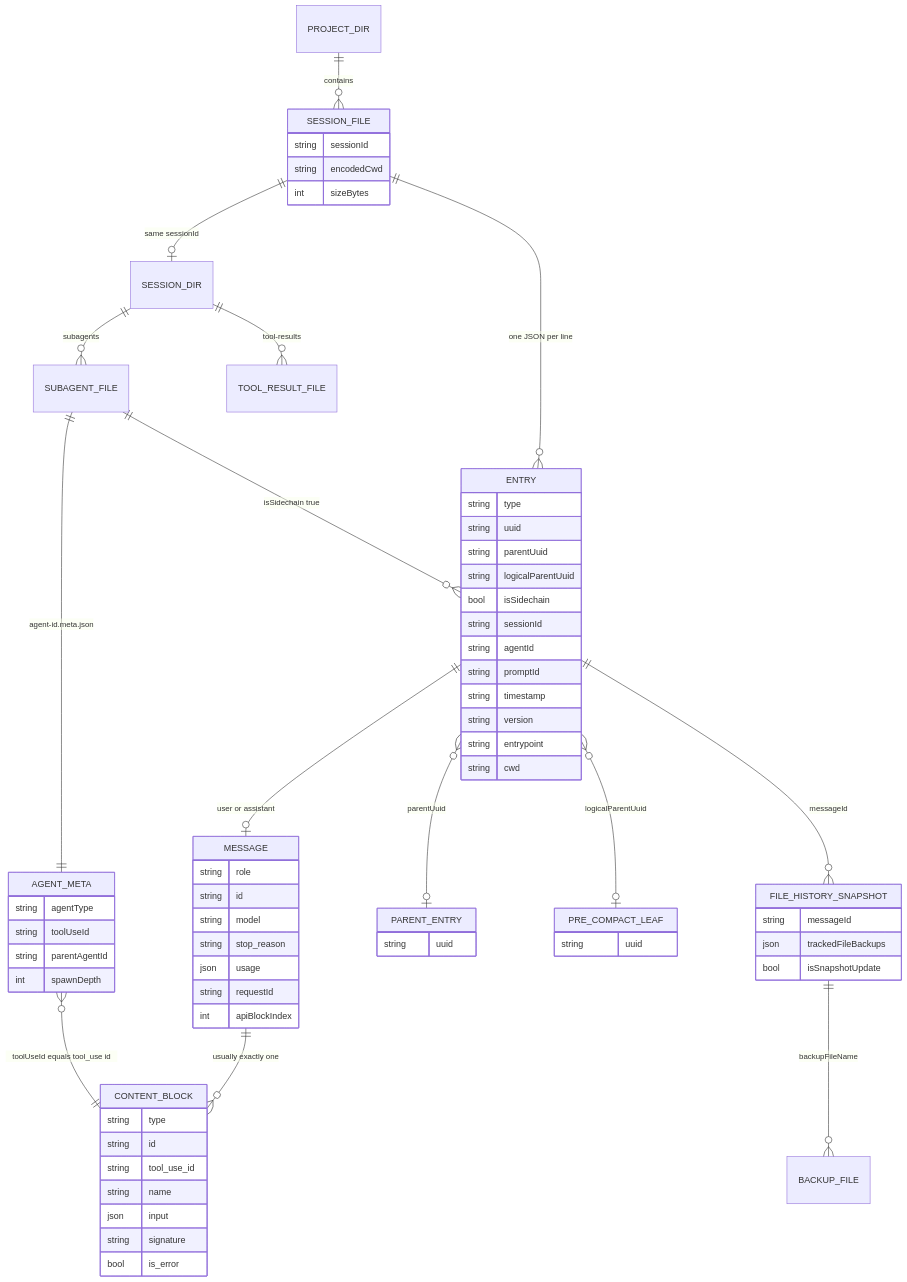
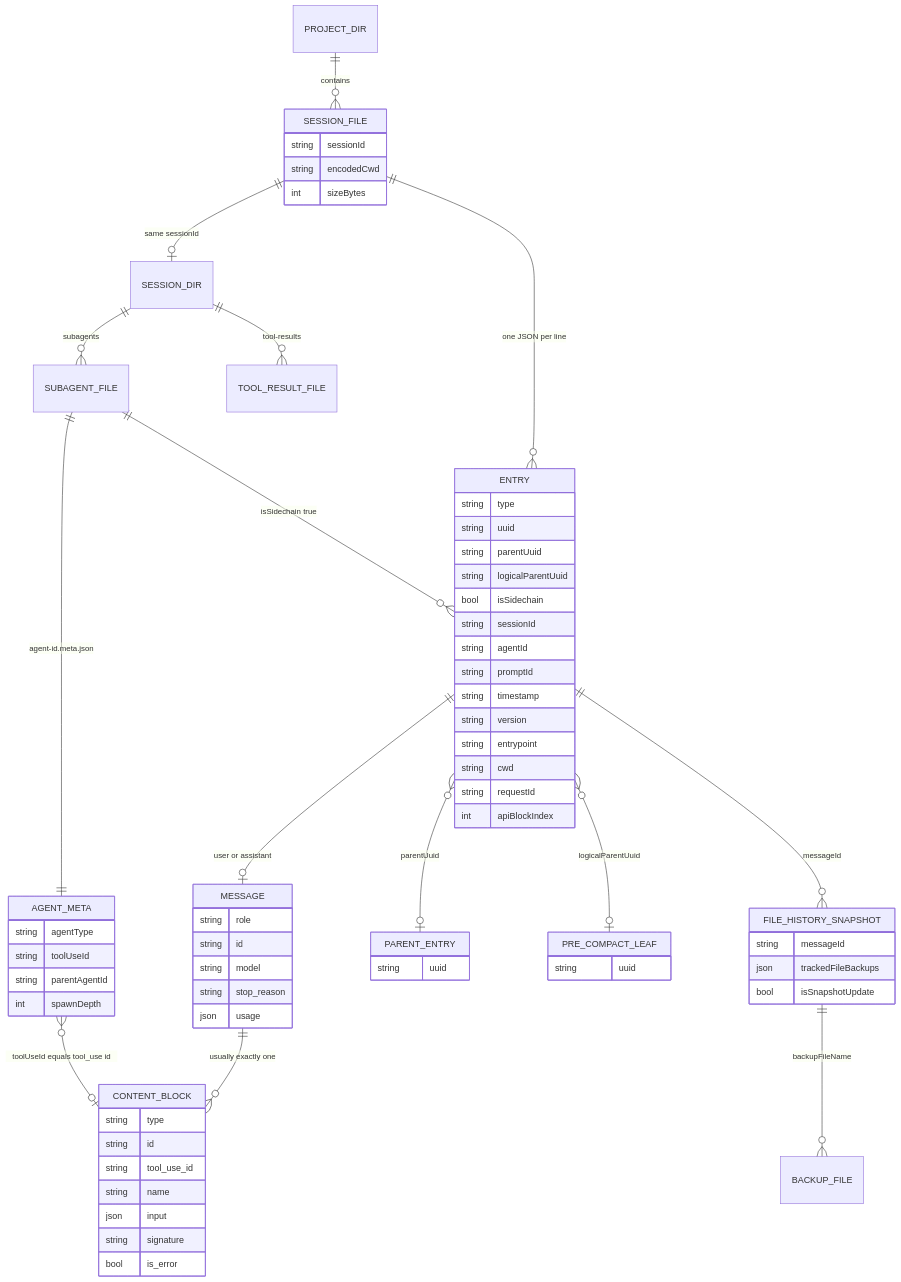
Before and after one commit to Orbit-Labs-AI/Orbit-Zhiyin: the third of 4 diagrams in docs/research/agent-sessions/claude-code.md, drawn with Mermaid. The commit also changed other lines of this file, not shown here.

````diff
--- a/docs/research/agent-sessions/claude-code.md
+++ b/docs/research/agent-sessions/claude-code.md
@@ -455,72 +455,72 @@
 ```mermaid
 erDiagram
     PROJECT_DIR ||--o{ SESSION_FILE : "contains"
     SESSION_FILE ||--o{ ENTRY : "one JSON per line"
     SESSION_FILE ||--o| SESSION_DIR : "same sessionId"
     SESSION_DIR ||--o{ SUBAGENT_FILE : "subagents"
     SESSION_DIR ||--o{ TOOL_RESULT_FILE : "tool-results"
     SUBAGENT_FILE ||--|| AGENT_META : "agent-id.meta.json"
     SUBAGENT_FILE ||--o{ ENTRY : "isSidechain true"
     ENTRY ||--o| MESSAGE : "user or assistant"
     MESSAGE ||--o{ CONTENT_BLOCK : "usually exactly one"
     ENTRY }o--o| PARENT_ENTRY : "parentUuid"
     ENTRY }o--o| PRE_COMPACT_LEAF : "logicalParentUuid"
     ENTRY ||--o{ FILE_HISTORY_SNAPSHOT : "messageId"
     FILE_HISTORY_SNAPSHOT ||--o{ BACKUP_FILE : "backupFileName"
-    AGENT_META }o--|| CONTENT_BLOCK : "toolUseId equals tool_use id"
+    AGENT_META }o--o| CONTENT_BLOCK : "toolUseId equals tool_use id"
 
     SESSION_FILE {
         string sessionId
         string encodedCwd
         int sizeBytes
     }
     ENTRY {
         string type
         string uuid
         string parentUuid
         string logicalParentUuid
         bool isSidechain
         string sessionId
         string agentId
         string promptId
         string timestamp
         string version
         string entrypoint
         string cwd
+        string requestId
+        int apiBlockIndex
     }
     MESSAGE {
         string role
         string id
         string model
         string stop_reason
         json usage
-        string requestId
-        int apiBlockIndex
     }
     CONTENT_BLOCK {
         string type
         string id
         string tool_use_id
         string name
         json input
         string signature
         bool is_error
     }
     AGENT_META {
         string agentType
         string toolUseId
         string parentAgentId
         int spawnDepth
     }
     FILE_HISTORY_SNAPSHOT {
         string messageId
         json trackedFileBackups
         bool isSnapshotUpdate
     }
     PARENT_ENTRY {
         string uuid
     }
     PRE_COMPACT_LEAF {
         string uuid
     }
 ```
````
